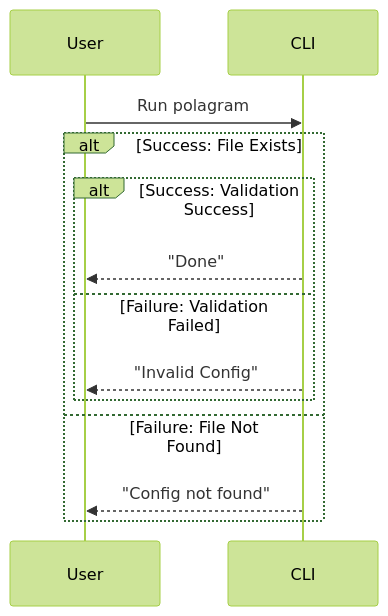
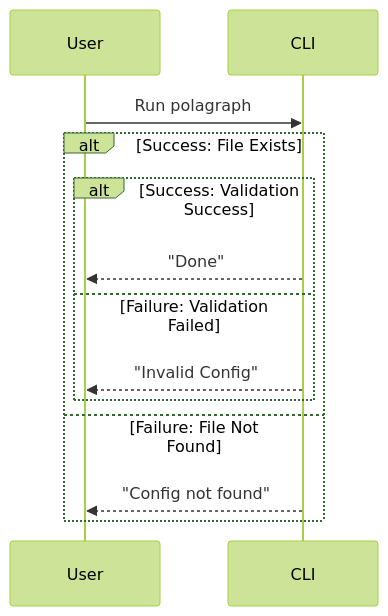
The diagram in packages/core/docs/sequence/generated/sequence.focus-user.mmd (Jun-T-git/polagram), drawn with Mermaid (forest theme) before and after one commit. The commit also changed 34 other files, not shown here.

Commit message:
feat: Rename project from Polagram to Polagraph and introduce a new FocusDemo component.

```diff
--- a/packages/core/docs/sequence/generated/sequence.focus-user.mmd
+++ b/packages/core/docs/sequence/generated/sequence.focus-user.mmd
@@ -1,13 +1,13 @@
 sequenceDiagram
     participant User
     participant CLI
-    User->>CLI: Run polagram
+    User->>CLI: Run polagraph
     alt Success: File Exists
         alt Success: Validation Success
             CLI-->>User: "Done"
         else Failure: Validation Failed
             CLI-->>User: "Invalid Config"
         end
     else Failure: File Not Found
         CLI-->>User: "Config not found"
     end
```
